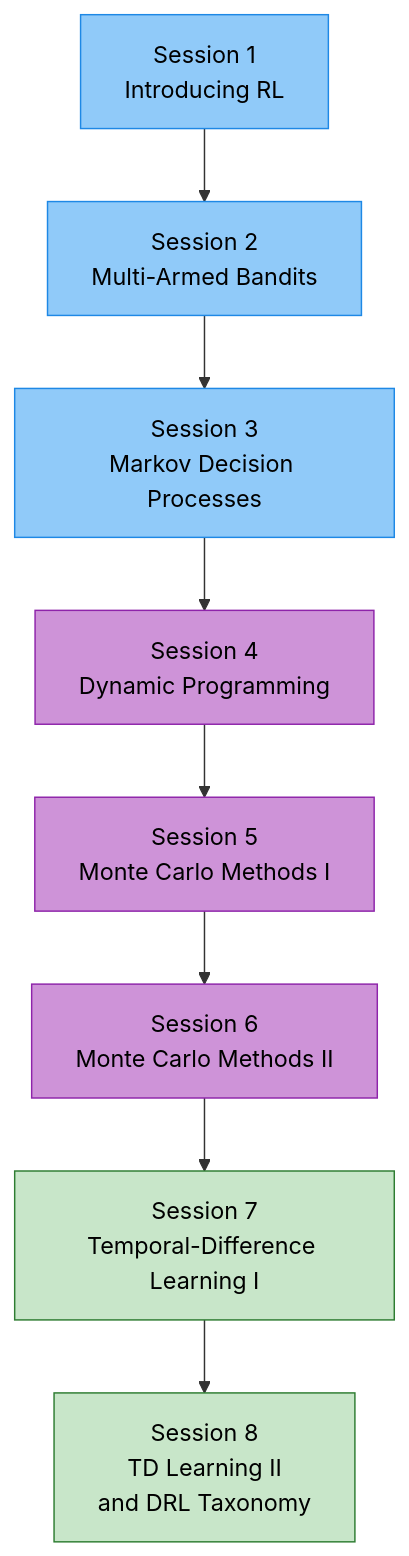
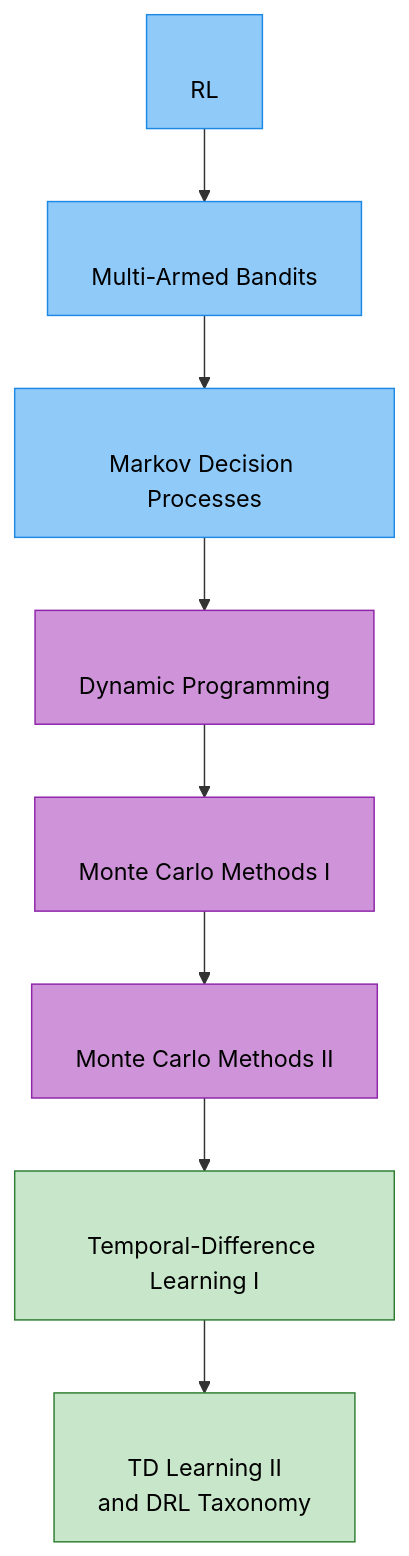
One commit to arshadhs/arshadhs.github.io changed the first of 2 diagrams in content/docs/ai/deep-reinforcement-learning/_index.md. Above: the diagram before and after it, drawn with Mermaid. The commit also changed other lines of this file, not shown here.

Commit message:
DRL updated

```diff
--- a/content/docs/ai/deep-reinforcement-learning/_index.md
+++ b/content/docs/ai/deep-reinforcement-learning/_index.md
@@ -25,21 +25,21 @@
 {{< mermaid >}}
 flowchart TD
-A["Session 1<br/>Introducing RL"] --> B["Session 2<br/>Multi-Armed Bandits"]
-B --> C["Session 3<br/>Markov Decision Processes"]
-C --> D["Session 4<br/>Dynamic Programming"]
-D --> E["Session 5<br/>Monte Carlo Methods I"]
-E --> F["Session 6<br/>Monte Carlo Methods II"]
-F --> G["Session 7<br/>Temporal-Difference Learning I"]
-G --> H["Session 8<br/>TD Learning II<br/>and DRL Taxonomy"]
+A["<br/>RL"] --> B["<br/>Multi-Armed Bandits"]
+B --> C["<br/>Markov Decision Processes"]
+C --> D["<br/>Dynamic Programming"]
+D --> E["<br/>Monte Carlo Methods I"]
+E --> F["<br/>Monte Carlo Methods II"]
+F --> G["<br/>Temporal-Difference Learning I"]
+G --> H["<br/>TD Learning II<br/>and DRL Taxonomy"]
 
 style A fill:#90CAF9,stroke:#1E88E5,color:#000
 style B fill:#90CAF9,stroke:#1E88E5,color:#000
 style C fill:#90CAF9,stroke:#1E88E5,color:#000
 
 style D fill:#CE93D8,stroke:#8E24AA,color:#000
 style E fill:#CE93D8,stroke:#8E24AA,color:#000
 style F fill:#CE93D8,stroke:#8E24AA,color:#000
 
 style G fill:#C8E6C9,stroke:#2E7D32,color:#000
 style H fill:#C8E6C9,stroke:#2E7D32,color:#000
 {{< /mermaid >}}
```
